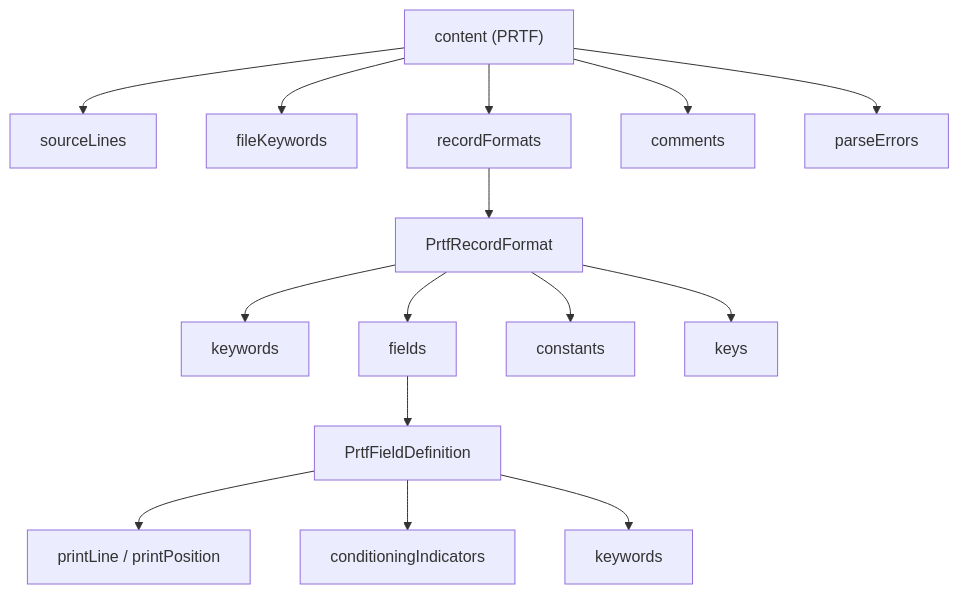
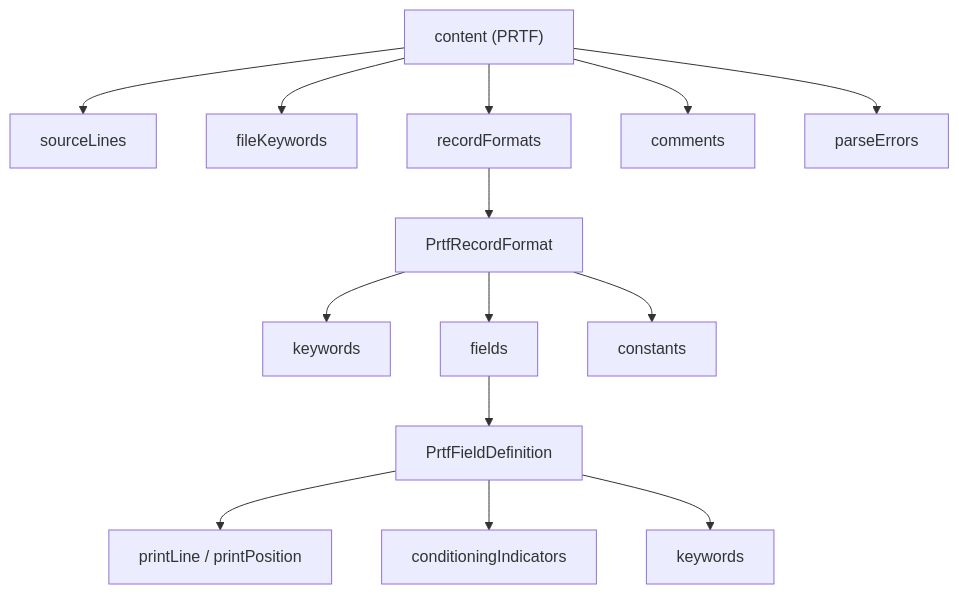
One commit to nxn1710/AS400_Parser changed the second of 2 diagrams in docs/ai/design/feature-prtf-parser.md. Above: the diagram before and after it, drawn with Mermaid. The commit also changed other lines of this file and 1 other file, not shown here.

````diff
--- a/docs/ai/design/feature-prtf-parser.md
+++ b/docs/ai/design/feature-prtf-parser.md
@@ -108,20 +115,19 @@
 ```mermaid
 graph TD
     Content["content (PRTF)"]
     Content --> SL["sourceLines"]
     Content --> FKW["fileKeywords"]
     Content --> RF["recordFormats"]
     Content --> CMT["comments"]
     Content --> PE["parseErrors"]
 
     RF --> RFDEF["PrtfRecordFormat"]
     RFDEF --> RKWDS["keywords"]
     RFDEF --> FIELDS["fields"]
     RFDEF --> CONSTS["constants"]
-    RFDEF --> KEYS["keys"]
 
     FIELDS --> FDEF["PrtfFieldDefinition"]
     FDEF --> PRINT["printLine / printPosition"]
     FDEF --> COND["conditioningIndicators"]
     FDEF --> FKWDS["keywords"]
 ```
````
